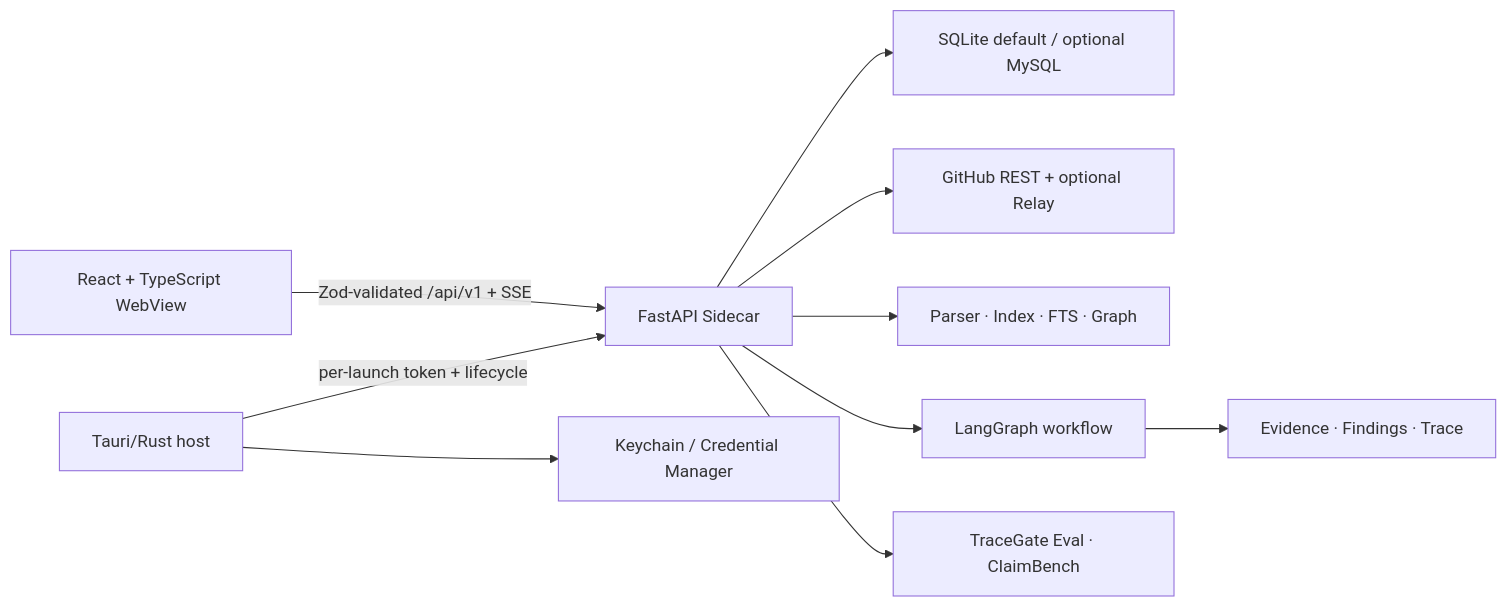
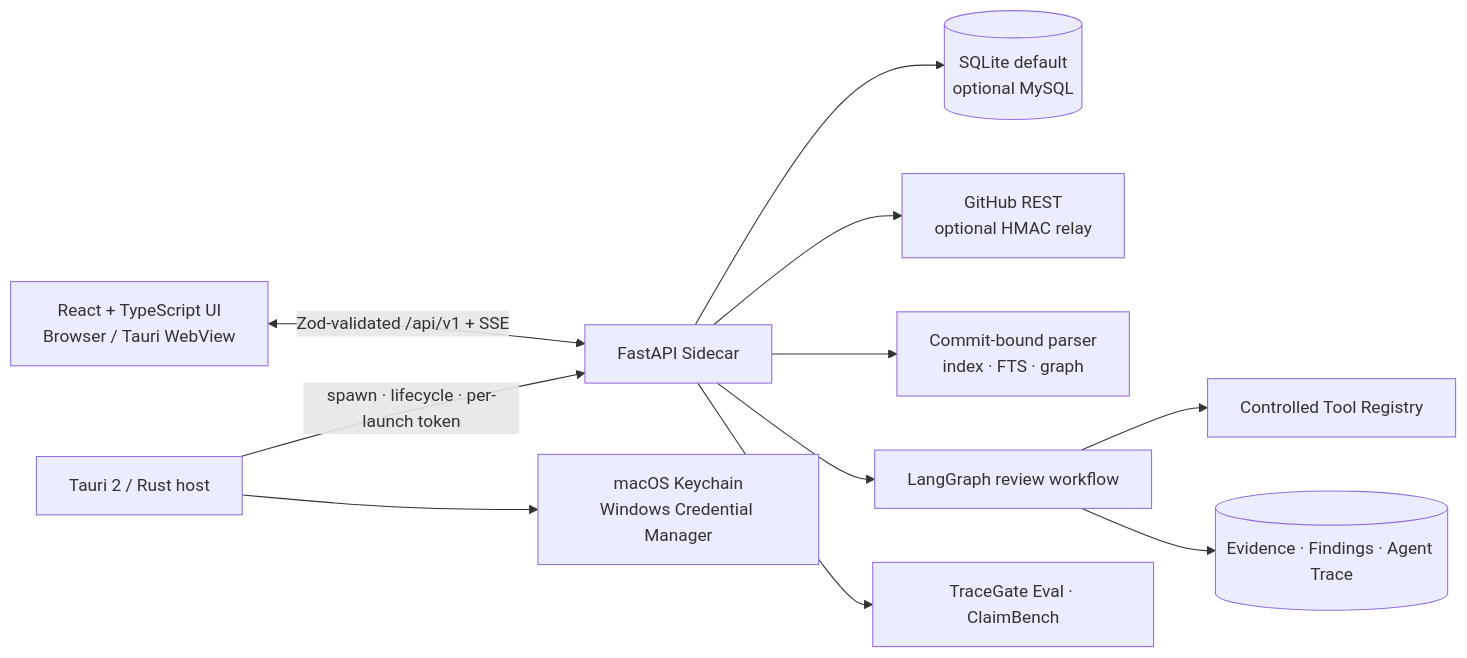
The second of 4 diagrams in README.md (Chloiris/TraceGate-Eval), drawn with Mermaid before and after one commit. The commit also changed other lines of this file and 10 other files, not shown here.

Commit message:
docs(readme): present TraceGate Studio with verified evidence

````diff
--- a/README.md
+++ b/README.md
@@ -75,12 +104,13 @@
 ```mermaid
 flowchart LR
-  U["React + TypeScript WebView"] -->|"Zod-validated /api/v1 + SSE"| A["FastAPI Sidecar"]
-  T["Tauri/Rust host"] -->|"per-launch token + lifecycle"| A
-  T --> K["Keychain / Credential Manager"]
-  A --> D["SQLite default / optional MySQL"]
-  A --> G["GitHub REST + optional Relay"]
-  A --> I["Parser · Index · FTS · Graph"]
-  A --> L["LangGraph workflow"]
-  L --> E["Evidence · Findings · Trace"]
-  A --> B["TraceGate Eval · ClaimBench"]
+  UI["React + TypeScript UI<br/>Browser / Tauri WebView"] <-->|"Zod-validated /api/v1 + SSE"| API["FastAPI Sidecar"]
+  HOST["Tauri 2 / Rust host"] -->|"spawn · lifecycle · per-launch token"| API
+  HOST --> VAULT["macOS Keychain<br/>Windows Credential Manager"]
+  API --> DB[("SQLite default<br/>optional MySQL")]
+  API --> GH["GitHub REST<br/>optional HMAC relay"]
+  API --> IDX["Commit-bound parser<br/>index · FTS · graph"]
+  API --> WF["LangGraph review workflow"]
+  WF --> TOOLS["Controlled Tool Registry"]
+  WF --> TRACE[("Evidence · Findings · Agent Trace")]
+  API --> EVAL["TraceGate Eval · ClaimBench"]
 ```
````
